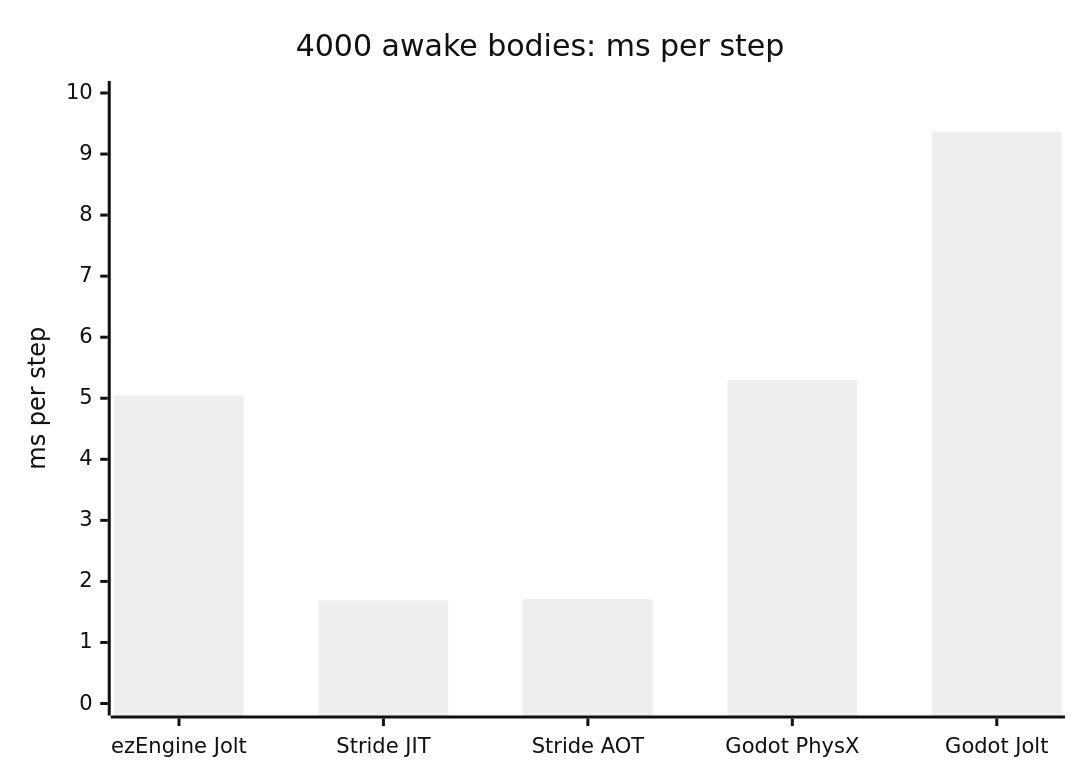
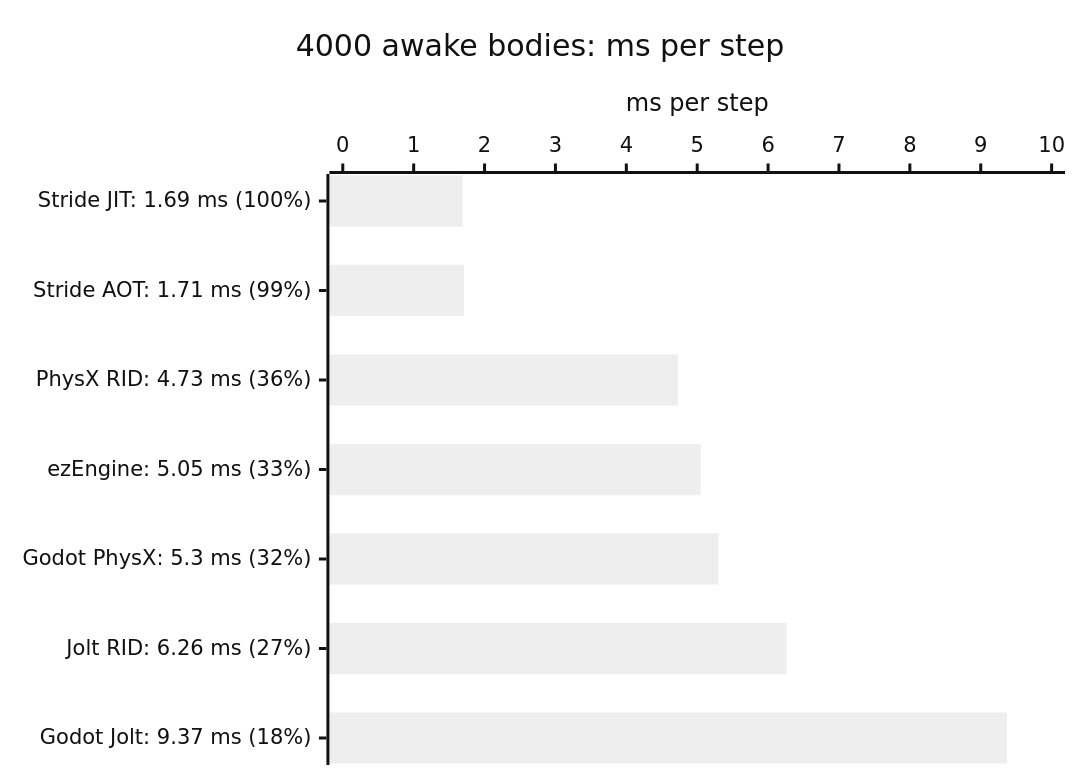
The third of 6 diagrams in README.md (CreatoramaStudio/QuestMark), drawn with Mermaid (neutral theme) before and after one commit. The commit also changed other lines of this file and 1 other file, not shown here.

Commit message:
Docs: body API A/B for Jolt and the PhysX fork (12.3), PhysX fork ranked 3a above Godot Jolt 3b, README quick start and sorted horizontal charts with percent of best

````diff
--- a/README.md
+++ b/README.md
@@ -50,7 +67,7 @@
 ```mermaid
-xychart-beta
+xychart-beta horizontal
     title "4000 awake bodies: ms per step"
-    x-axis ["ezEngine Jolt", "Stride JIT", "Stride AOT", "Godot PhysX", "Godot Jolt"]
+    x-axis ["Stride JIT: 1.69 ms (100%)", "Stride AOT: 1.71 ms (99%)", "PhysX RID: 4.73 ms (36%)", "ezEngine: 5.05 ms (33%)", "Godot PhysX: 5.3 ms (32%)", "Jolt RID: 6.26 ms (27%)", "Godot Jolt: 9.37 ms (18%)"]
     y-axis "ms per step" 0 --> 10
-    bar [5.05, 1.69, 1.71, 5.30, 9.37]
+    bar [1.69, 1.71, 4.73, 5.05, 5.3, 6.26, 9.37]
 ```
````
